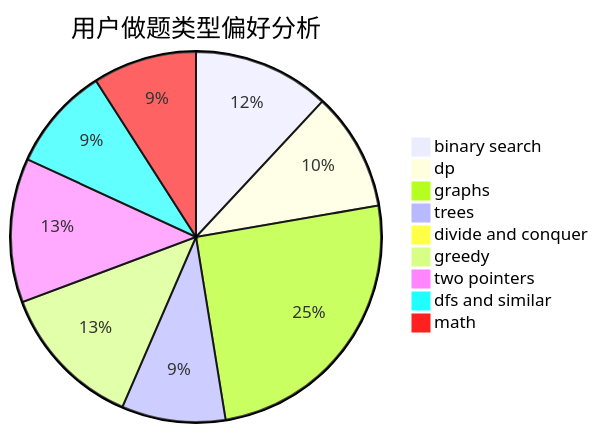
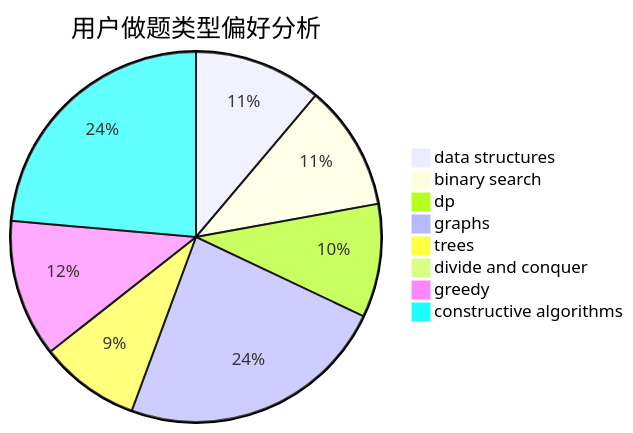
The second of 3 diagrams in docs/user/u1542.md (sherpahu/cfrs.github.io), drawn with Mermaid before and after one commit. The commit also changed other lines of this file and 2775 other files, not shown here.

````diff
--- a/docs/user/u1542.md
+++ b/docs/user/u1542.md
@@ -23,12 +23,11 @@
 ```mermaid
 pie title 用户做题类型偏好分析
-    "binary search" :  112
-    "dp" :  97
-    "graphs" :  236
-    "trees" :  85
+    "data structures" :  106
+    "binary search" :  104
+    "dp" :  94
+    "graphs" :  224
+    "trees" :  83
     "divide and conquer" :  0
-    "greedy" :  120
-    "two pointers" :  118
-    "dfs and similar" :  85
-    "math" :  85
+    "greedy" :  114
+    "constructive algorithms" :  224
 ```
````
